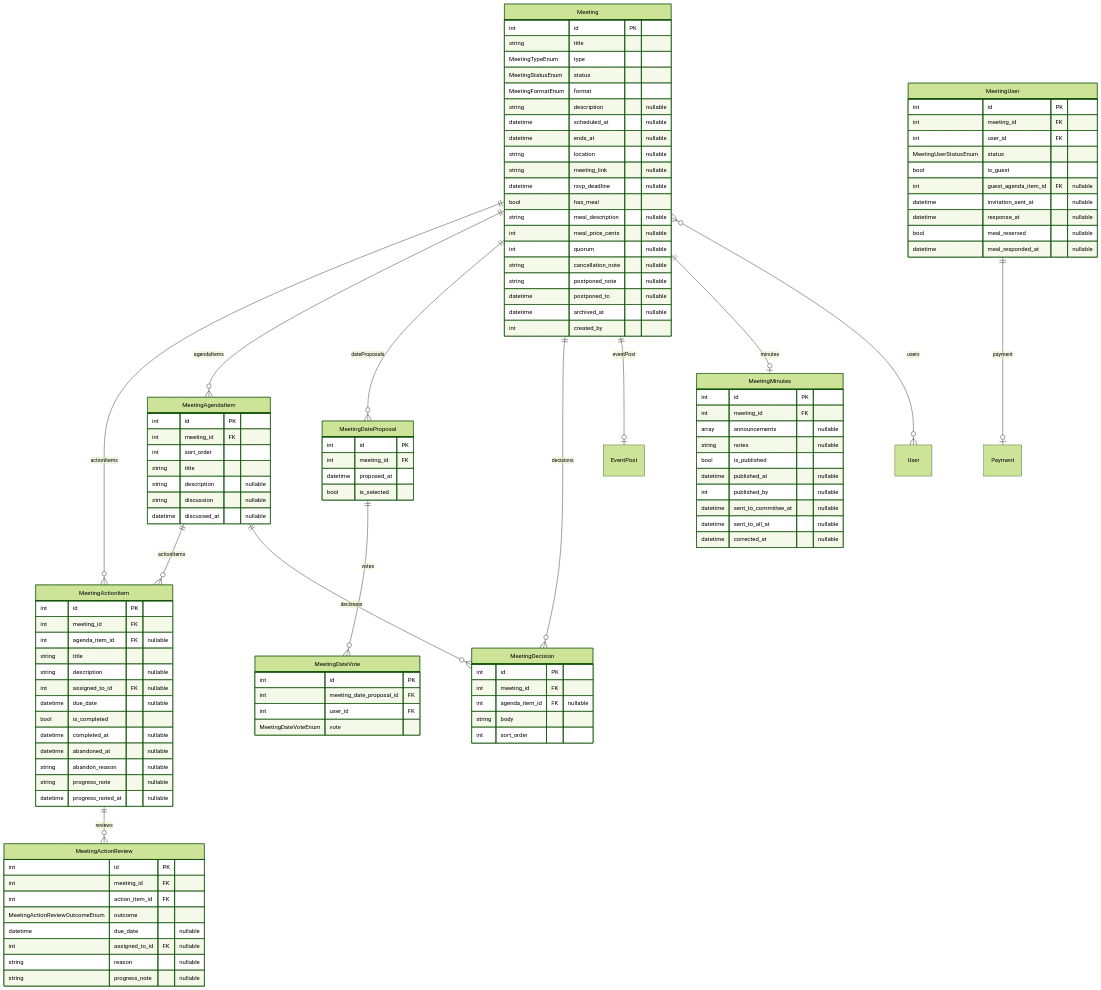
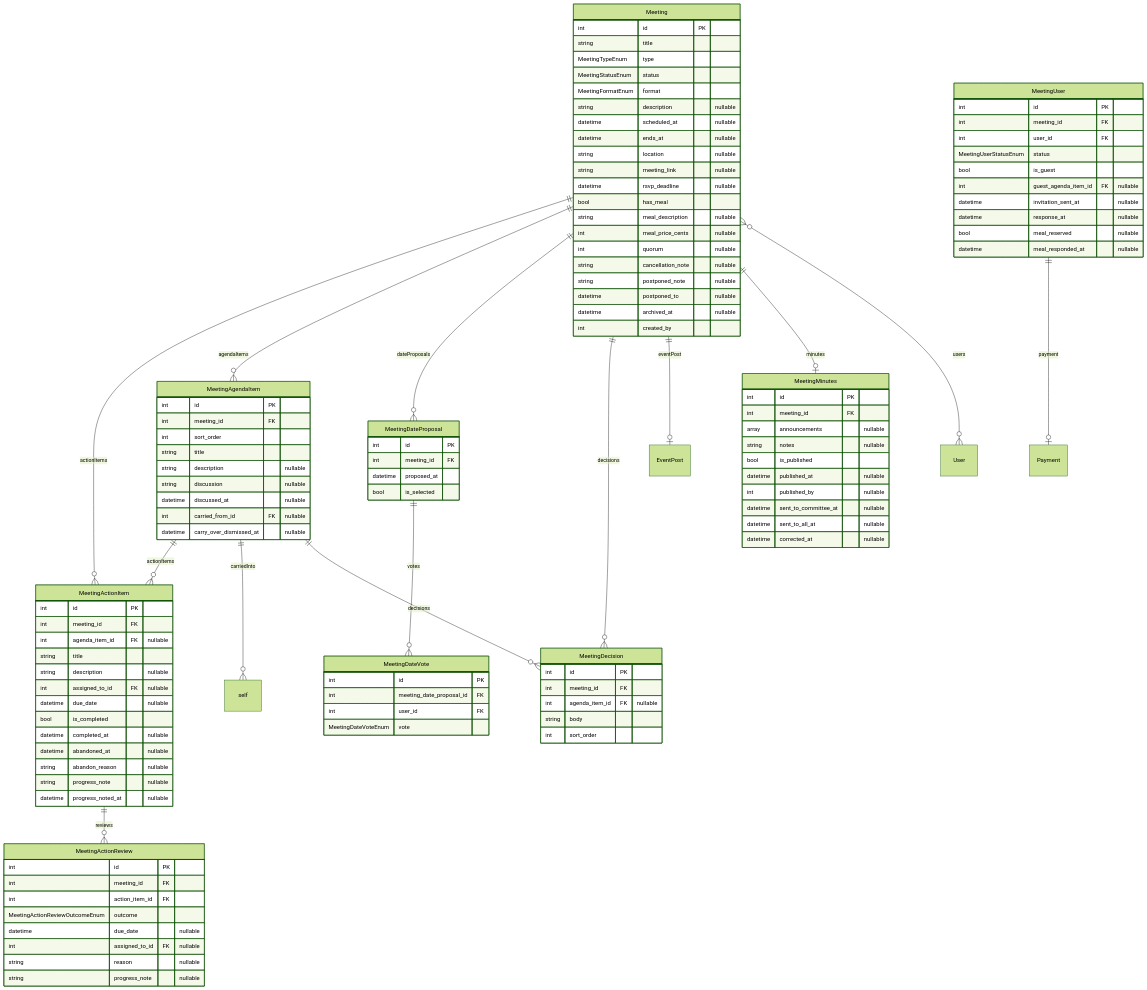
The diagram in docs/erd/meetings.md (Paupoo/tabletennisclub-app), drawn with Mermaid (forest theme) before and after one commit. The commit also changed 17 other files, not shown here.

```diff
--- a/docs/erd/meetings.md
+++ b/docs/erd/meetings.md
@@ -57,6 +57,8 @@
         string description "nullable"
         string discussion "nullable"
         datetime discussed_at "nullable"
+        int carried_from_id FK "nullable"
+        datetime carry_over_dismissed_at "nullable"
     }
     MeetingDateProposal {
         int id PK
@@ -111,6 +113,7 @@
     Meeting }o--o{ User : "users"
     MeetingActionItem ||--o{ MeetingActionReview : "reviews"
     MeetingAgendaItem ||--o{ MeetingActionItem : "actionItems"
+    MeetingAgendaItem ||--o{ self : "carriedInto"
     MeetingAgendaItem ||--o{ MeetingDecision : "decisions"
     MeetingDateProposal ||--o{ MeetingDateVote : "votes"
     MeetingUser ||--o| Payment : "payment"
```
